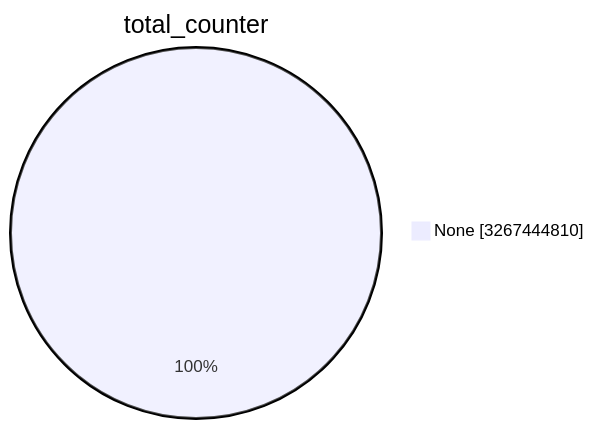
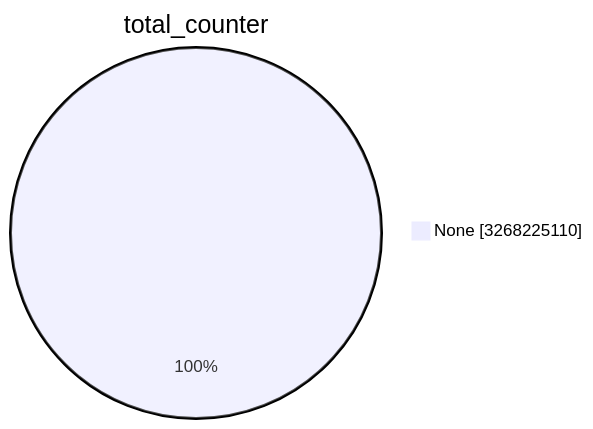
Before and after one commit to christiankrug/ctmonitor_visualization: the first of 15 diagrams in TOTAL/README.md, drawn with Mermaid. The commit also changed other lines of this file, not shown here.

````diff
--- a/TOTAL/README.md
+++ b/TOTAL/README.md
@@ -1,5 +1,5 @@
 ```mermaid
 pie showData
 title total_counter
-"None" :3267444810
+"None" :3268225110
 ```
````
